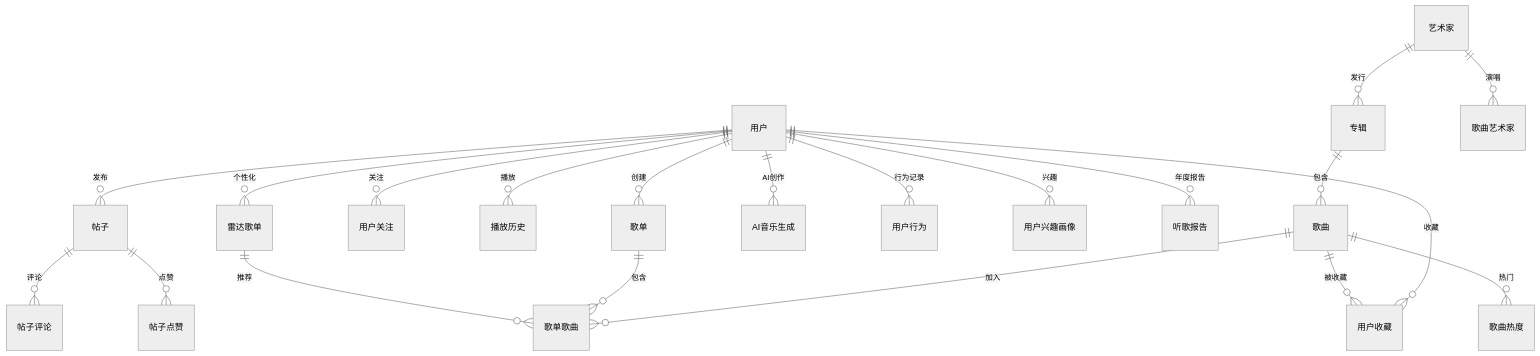
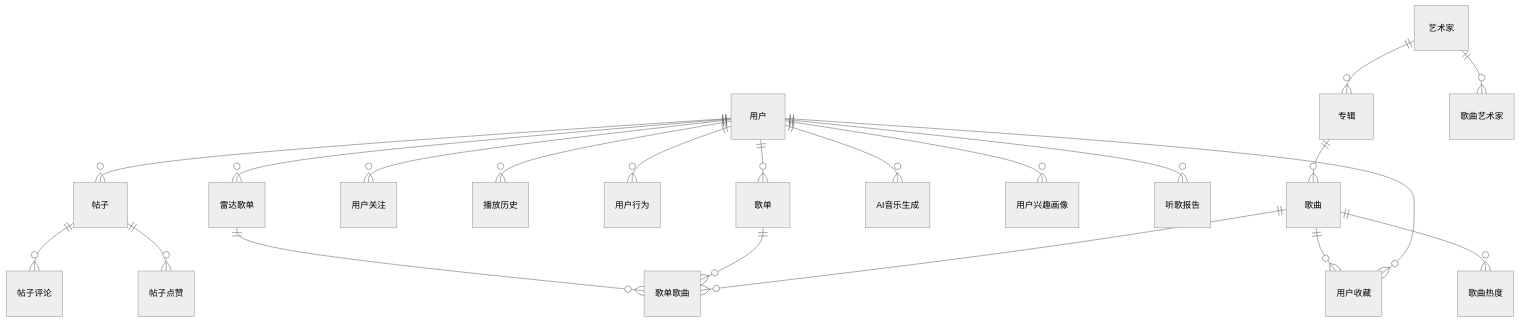
One commit to kewangzhen/fly-music changed the diagram in doc/ER图-中文版.md. Above: the diagram before and after it, drawn with Mermaid (neutral theme). The commit also changed other lines of this file, not shown here.

Commit message:
docs: 优化ER图每行3个对象

````diff
--- a/doc/ER图-中文版.md
+++ b/doc/ER图-中文版.md
@@ -7,60 +7,69 @@
 ```mermaid
-%%{init: {'er': {'layoutDirection': 'TB', 'minEntityWidth': 100}}}%%
 erDiagram
-    %% 用户相关
-    用户 ||--o{ 歌单 : 创建
-    用户 ||--o{ 帖子 : 发布
-    用户 ||--o{ 用户收藏 : 收藏
-    用户 ||--o{ 用户关注 : 关注
-    用户 ||--o{ 播放历史 : 播放
+    %% 第一行：用户核心
+    用户 ||--o{ 歌单 : ""
+    用户 ||--o{ 帖子 : ""
+    用户 ||--o{ 用户收藏 : ""
 
-    %% 艺术家相关
-    艺术家 ||--o{ 专辑 : 发行
-    艺术家 ||--o{ 歌曲艺术家 : 演唱
+    %% 第二行：用户行为
+    用户 ||--o{ 用户关注 : ""
+    用户 ||--o{ 播放历史 : ""
+    用户 ||--o{ 用户行为 : ""
 
-    %% 专辑歌曲
-    专辑 ||--o{ 歌曲 : 包含
+    %% 第三行：艺术家
+    艺术家 ||--o{ 专辑 : ""
+    艺术家 ||--o{ 歌曲艺术家 : ""
 
-    %% 歌曲关联
-    歌曲 ||--o{ 歌单歌曲 : 加入
-    歌曲 ||--o{ 用户收藏 : 被收藏
-    歌曲 ||--o{ 歌曲热度 : 热门
+    %% 第四行：专辑歌曲
+    专辑 ||--o{ 歌曲 : ""
 
-    %% 歌单
-    歌单 ||--o{ 歌单歌曲 : 包含
+    %% 第五行：歌曲关联
+    歌曲 ||--o{ 歌单歌曲 : ""
+    歌曲 ||--o{ 用户收藏 : ""
+    歌曲 ||--o{ 歌曲热度 : ""
 
-    %% 社交
-    帖子 ||--o{ 帖子评论 : 评论
-    帖子 ||--o{ 帖子点赞 : 点赞
+    %% 第六行：歌单
+    歌单 ||--o{ 歌单歌曲 : ""
 
-    %% AI功能
-    用户 ||--o{ AI音乐生成 : AI创作
-    用户 ||--o{ 用户行为 : 行为记录
-    用户 ||--o{ 用户兴趣画像 : 兴趣
-    用户 ||--o{ 听歌报告 : 年度报告
-    用户 ||--o{ 雷达歌单 : 个性化
+    %% 第七行：社交
+    帖子 ||--o{ 帖子评论 : ""
+    帖子 ||--o{ 帖子点赞 : ""
 
-    %% 雷达歌单
-    雷达歌单 ||--o{ 歌单歌曲 : 推荐
+    %% 第八行：AI功能
+    用户 ||--o{ AI音乐生成 : ""
+    用户 ||--o{ 用户兴趣画像 : ""
 
-    %% 表定义
+    %% 第九行：个性化
+    用户 ||--o{ 听歌报告 : ""
+    用户 ||--o{ 雷达歌单 : ""
+
+    %% 第十行：雷达
+    雷达歌单 ||--o{ 歌单歌曲 : ""
+
+    %% 表定义（分散布局）
     用户 { }
-    歌曲 { }
+    
+    歌单 { }
+    帖子 { }
+    用户收藏 { }
+    用户关注 { }
+    播放历史 { }
+    用户行为 { }
+    
     艺术家 { }
     专辑 { }
-    歌单 { }
-    帖子 { }
+    
+    歌曲 { }
+    歌曲艺术家 { }
     歌单歌曲 { }
-    用户收藏 { }
-    用户关注 { }
+    歌曲热度 { }
+    
     帖子评论 { }
     帖子点赞 { }
-    歌曲艺术家 { }
-    播放历史 { }
-    歌曲热度 { }
+    
     AI音乐生成 { }
-    用户行为 { }
     用户兴趣画像 { }
+    
     听歌报告 { }
     雷达歌单 { }
 ```
````
